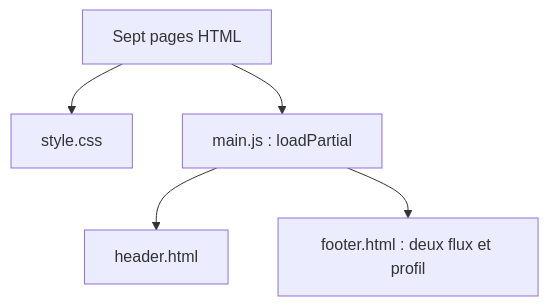
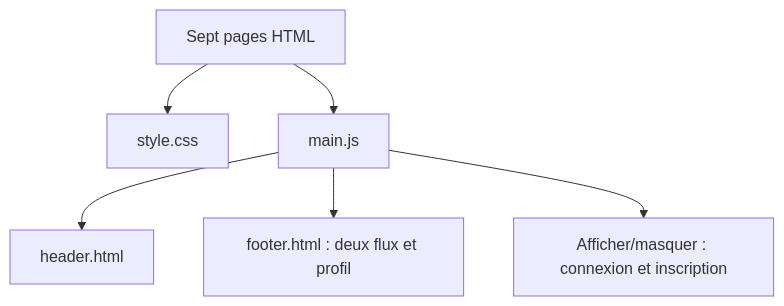
Before and after one commit to SP-MMIBdx/M2-weux-projet-dev-ux: the diagram in README.md, drawn with Mermaid. The commit also changed other lines of this file and 5 other files, not shown here.

````diff
--- a/README.md
+++ b/README.md
@@ -38,7 +38,8 @@
 ```mermaid
 flowchart TD
     Pages["Sept pages HTML"] --> CSS["style.css"]
-    Pages --> JS["main.js : loadPartial"]
+    Pages --> JS["main.js"]
     JS --> Header["header.html"]
     JS --> Footer["footer.html : deux flux et profil"]
+    JS --> Passwords["Afficher/masquer : connexion et inscription"]
 ```
````
